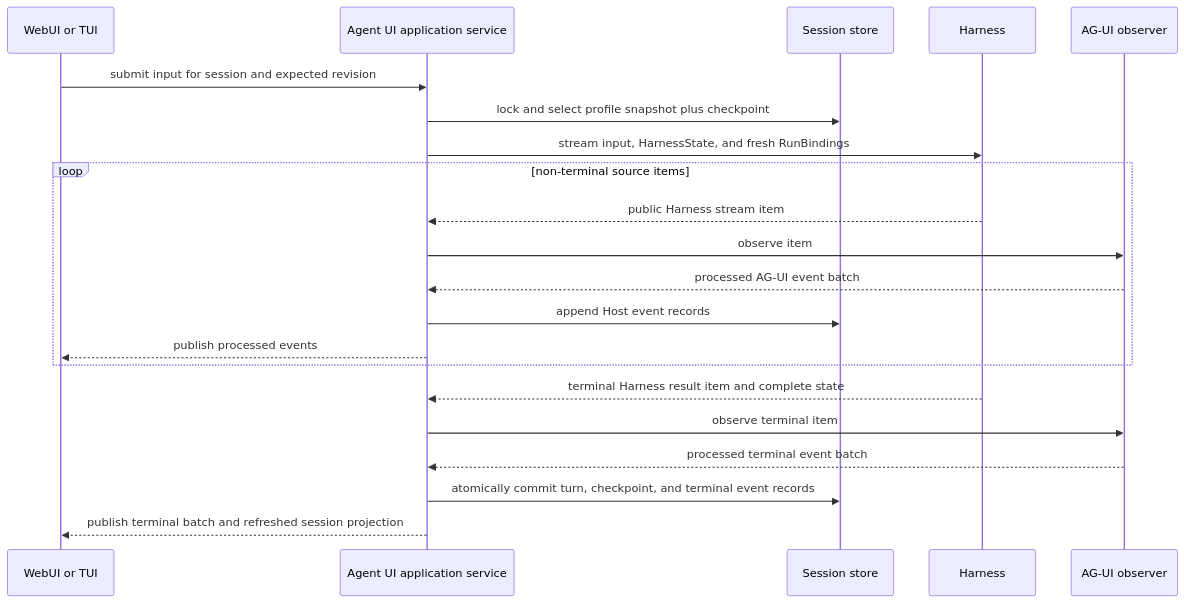
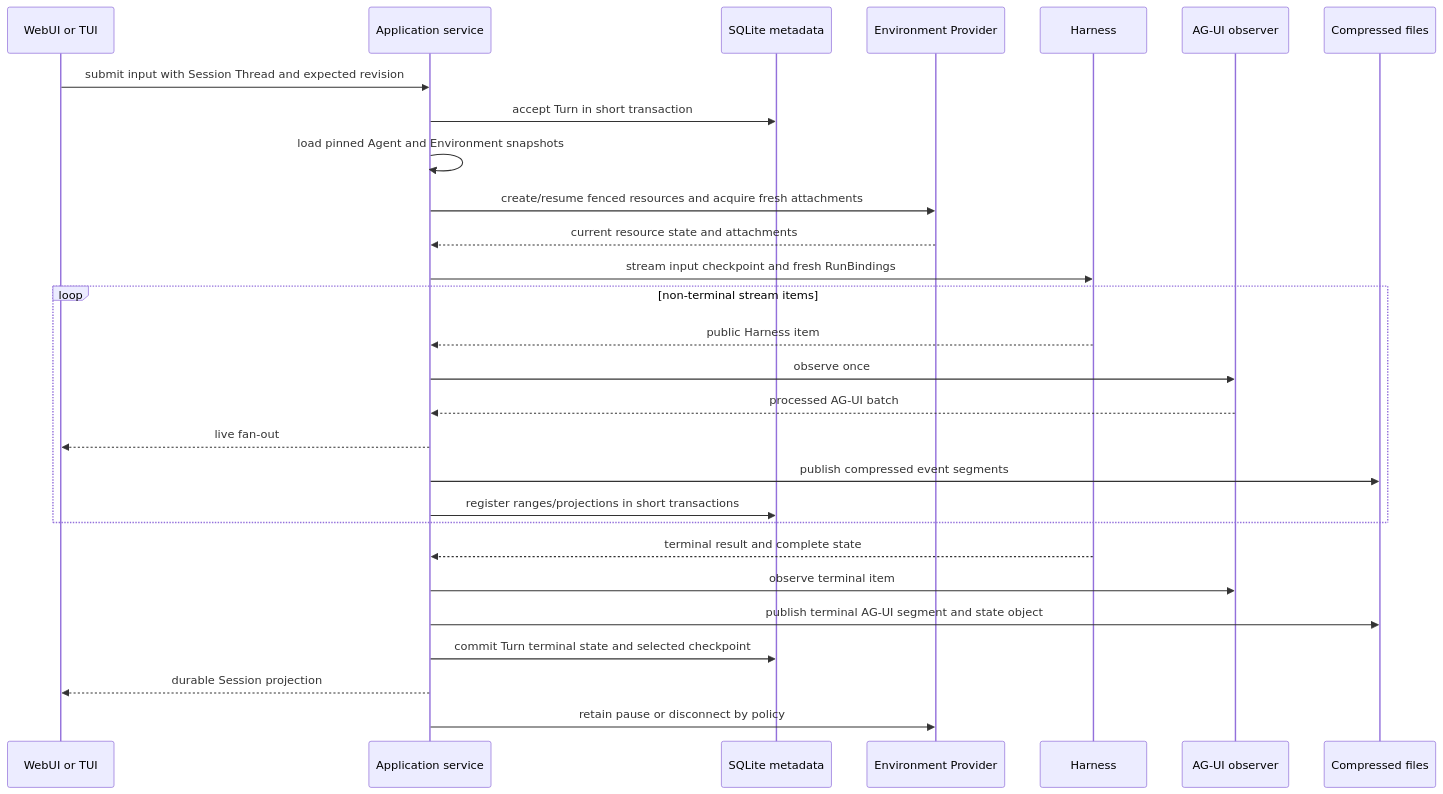
The third of 3 diagrams in spec/agent-ui/00-overview.md (LTThreeComma/agent-foundation), drawn with Mermaid before and after one commit. The commit also changed other lines of this file and 30 other files, not shown here.

````diff
--- a/spec/agent-ui/00-overview.md
+++ b/spec/agent-ui/00-overview.md
@@ -78,24 +156,31 @@
 ```mermaid
 sequenceDiagram
     participant Surface as WebUI or TUI
-    participant App as Agent UI application service
-    participant Store as Session store
+    participant App as Application service
+    participant DB as SQLite metadata
+    participant Provider as Environment Provider
     participant Harness
     participant AGUI as AG-UI observer
+    participant Files as Compressed files
 
-    Surface->>App: submit input for session and expected revision
-    App->>Store: lock and select profile snapshot plus checkpoint
-    App->>Harness: stream input, HarnessState, and fresh RunBindings
-    loop non-terminal source items
-        Harness-->>App: public Harness stream item
-        App->>AGUI: observe item
-        AGUI-->>App: processed AG-UI event batch
-        App->>Store: append Host event records
-        App-->>Surface: publish processed events
+    Surface->>App: submit input with Session Thread and expected revision
+    App->>DB: accept Turn in short transaction
+    App->>App: load pinned Agent and Environment snapshots
+    App->>Provider: create/resume fenced resources and acquire fresh attachments
+    Provider-->>App: current resource state and attachments
+    App->>Harness: stream input checkpoint and fresh RunBindings
+    loop non-terminal stream items
+        Harness-->>App: public Harness item
+        App->>AGUI: observe once
+        AGUI-->>App: processed AG-UI batch
+        App-->>Surface: live fan-out
+        App->>Files: publish compressed event segments
+        App->>DB: register ranges/projections in short transactions
     end
-    Harness-->>App: terminal Harness result item and complete state
+    Harness-->>App: terminal result and complete state
     App->>AGUI: observe terminal item
-    AGUI-->>App: processed terminal event batch
-    App->>Store: atomically commit turn, checkpoint, and terminal event records
-    App-->>Surface: publish terminal batch and refreshed session projection
+    App->>Files: publish terminal AG-UI segment and state object
+    App->>DB: commit Turn terminal state and selected checkpoint
+    App-->>Surface: durable Session projection
+    App->>Provider: retain pause or disconnect by policy
 ```
````
